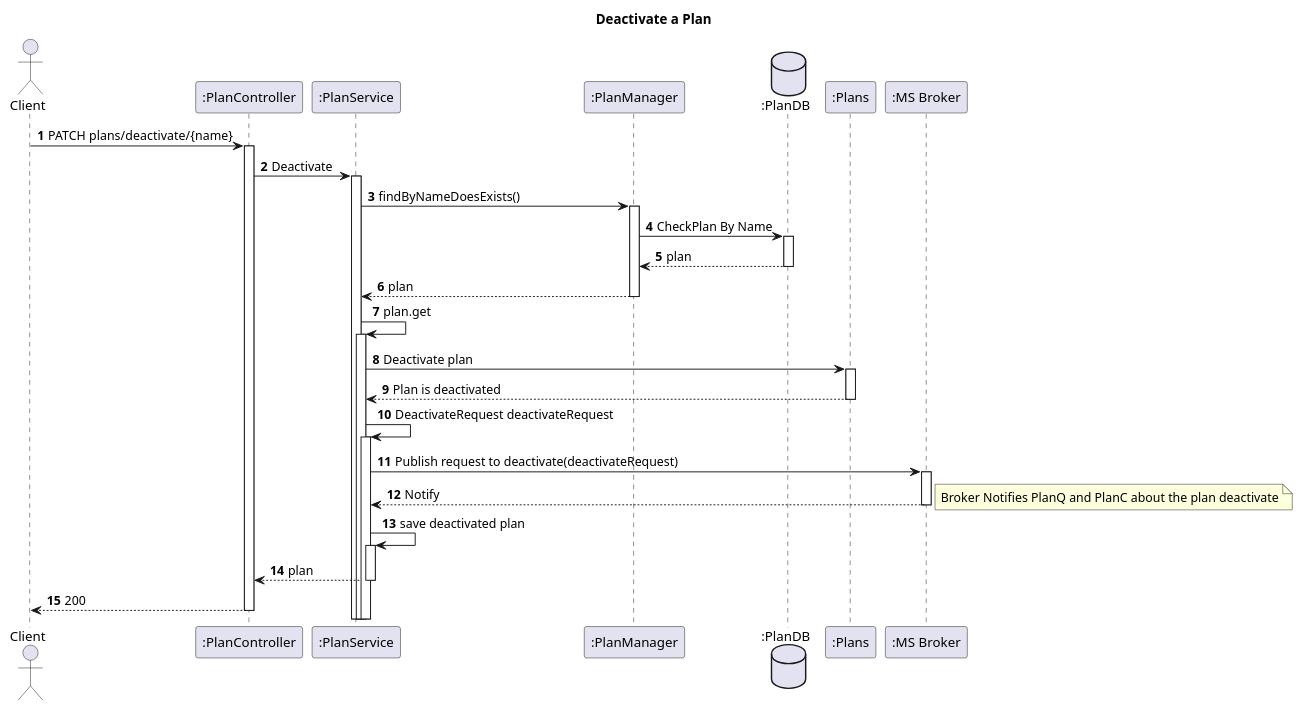
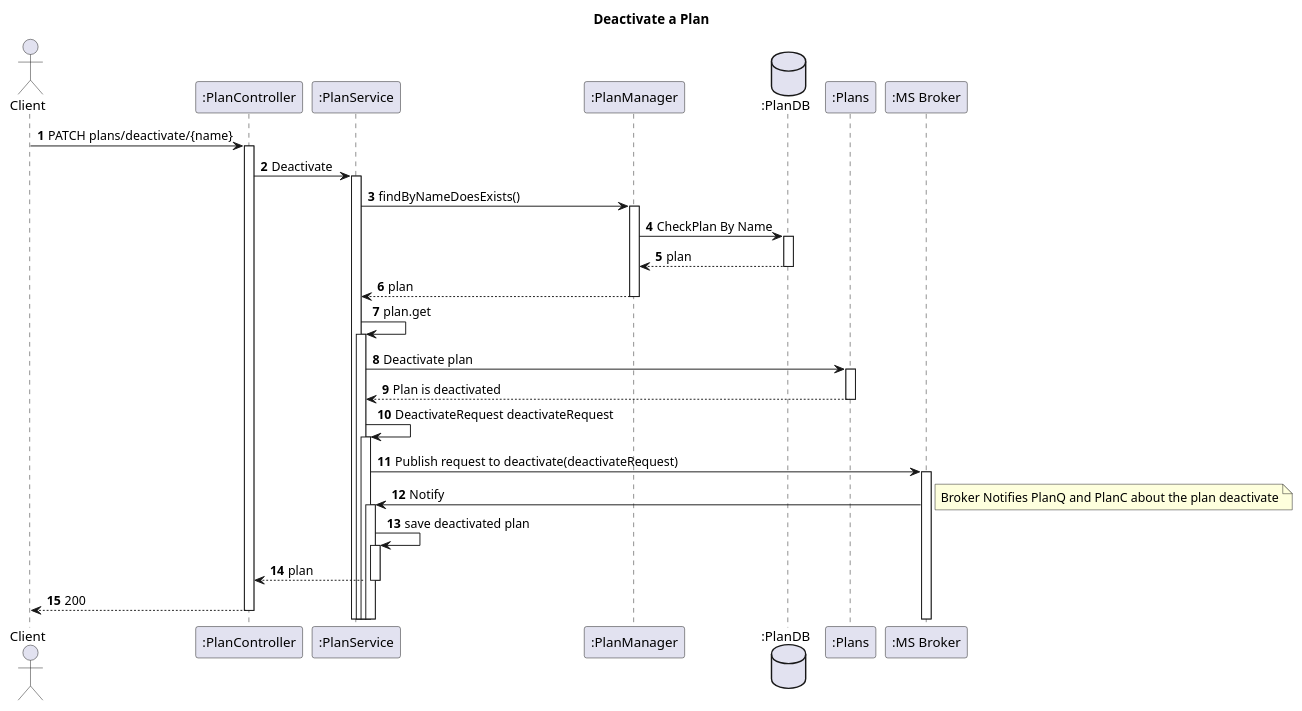
The diagram in docs_sidis/Segunda_Avalição/Plans/Vista_Logica/N3/UserPlanInteractionDeactivate.puml (IsepMartimOliveira/SIDIS), drawn with PlantUML before and after one commit. The commit also changed 14 other files, not shown here.

```diff
--- a/docs_sidis/Segunda_Avalição/Plans/Vista_Logica/N3/UserPlanInteractionDeactivate.puml
+++ b/docs_sidis/Segunda_Avalição/Plans/Vista_Logica/N3/UserPlanInteractionDeactivate.puml
@@ -1,49 +1,49 @@
 @startuml
 'https://plantuml.com/sequence-diagram
 autoactivate on
 autonumber
 title  Deactivate a Plan
 
 autonumber
 actor "Client" as Ac
 participant ":PlanController" as PlanController
 participant ":PlanService" as PService
 participant ":PlanManager" as PManager
 database ":PlanDB" as PDB
 participant ":Plans" as Plan
 participant ":MS Broker" as Broker
 
 
 
 
 
 
 
 Ac->PlanController:PATCH plans/deactivate/{name}
 PlanController->PService:Deactivate
 
 PService->PManager:findByNameDoesExists()
 PManager->PDB:CheckPlan By Name
 PDB-->PManager:plan
 PManager-->PService:plan
 PService->PService:plan.get
 PService->Plan:Deactivate plan
 Plan-->PService:Plan is deactivated
 PService->PService:DeactivateRequest deactivateRequest
 PService->Broker:Publish request to deactivate(deactivateRequest)
-Broker-->PService:Notify
+Broker->PService:Notify
 note right
 Broker Notifies PlanQ and PlanC about the plan deactivate
 end note
 PService->PService:save deactivated plan
 
 PService-->PlanController:plan
 PlanController-->Ac:200
 
 
 
 
 
 
 
 @enduml
```
